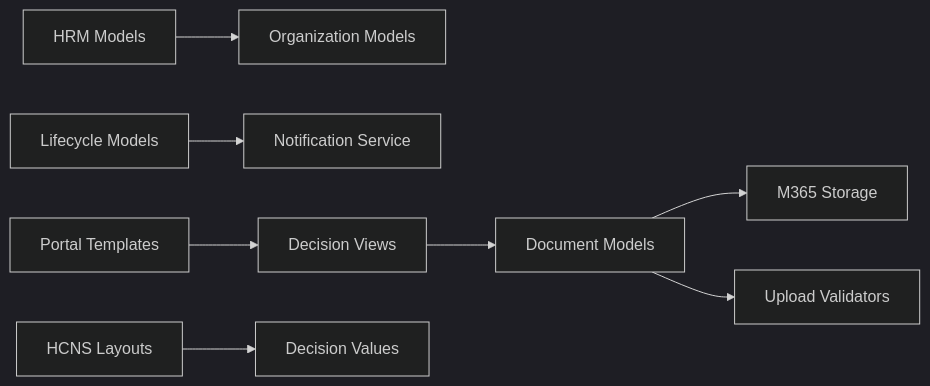
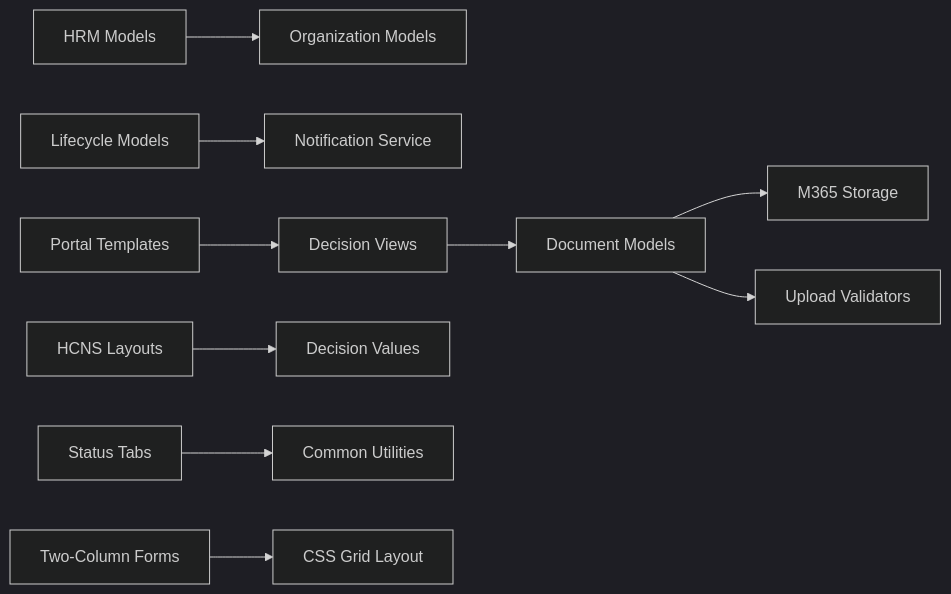
Diagram 14 of 14 in .qoder/repowiki/en/content/Core Modules Documentation/HR Administration/HR Administration.md (dinhtanhb/QLHCNS), drawn with Mermaid (dark theme) before and after one commit. The commit also changed other lines of this file and 98 other files, not shown here.

````diff
--- a/.qoder/repowiki/en/content/Core Modules Documentation/HR Administration/HR Administration.md
+++ b/.qoder/repowiki/en/content/Core Modules Documentation/HR Administration/HR Administration.md
@@ -441,10 +611,12 @@
 ```mermaid
 graph LR
 HrmModels["HRM Models"] --> OrgModels["Organization Models"]
 DocumentModels["Document Models"] --> Storage["M365 Storage"]
 DocumentModels --> UploadValidators["Upload Validators"]
 LifecycleModels["Lifecycle Models"] --> NotificationService["Notification Service"]
 PortalTemplates["Portal Templates"] --> DecisionViews["Decision Views"]
 DecisionViews --> DocumentModels
 HcnsLayouts["HCNS Layouts"] --> DecisionValues["Decision Values"]
+StatusTabs["Status Tabs"] --> CommonUtils["Common Utilities"]
+TwoColumnForms["Two-Column Forms"] --> CssGrid["CSS Grid Layout"]
 ```
````
